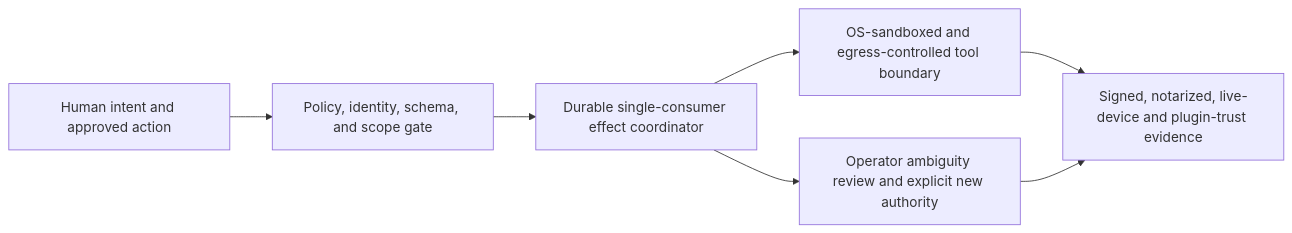
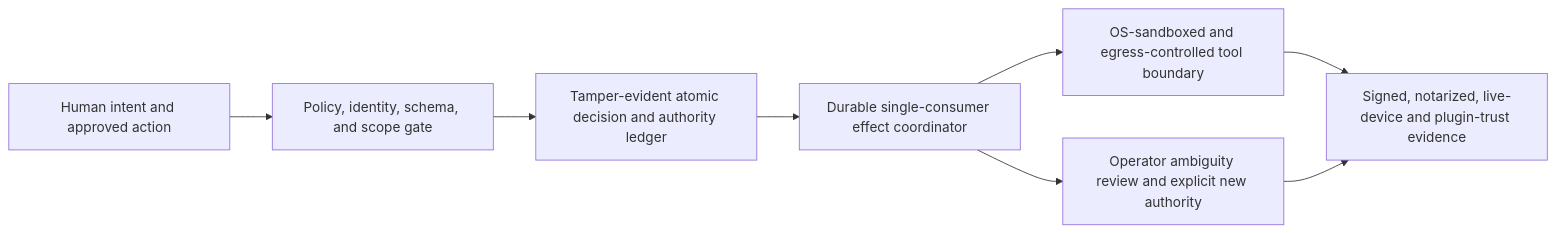
The second of 10 diagrams in docs/architecture-map.md (malak333/Assemblywright), drawn with Mermaid before and after one commit. The commit also changed other lines of this file and 12 other files, not shown here.

````diff
--- a/docs/architecture-map.md
+++ b/docs/architecture-map.md
@@ -21,9 +27,10 @@
 ```mermaid
 flowchart LR
   U["Human intent and approved action"] --> G["Policy, identity, schema, and scope gate"]
-  G --> O["Durable single-consumer effect coordinator"]
+  G --> L["Tamper-evident atomic decision and authority ledger"]
+  L --> O["Durable single-consumer effect coordinator"]
   O --> S["OS-sandboxed and egress-controlled tool boundary"]
   O --> R["Operator ambiguity review and explicit new authority"]
   S --> E["Signed, notarized, live-device and plugin-trust evidence"]
   R --> E
 ```
````
